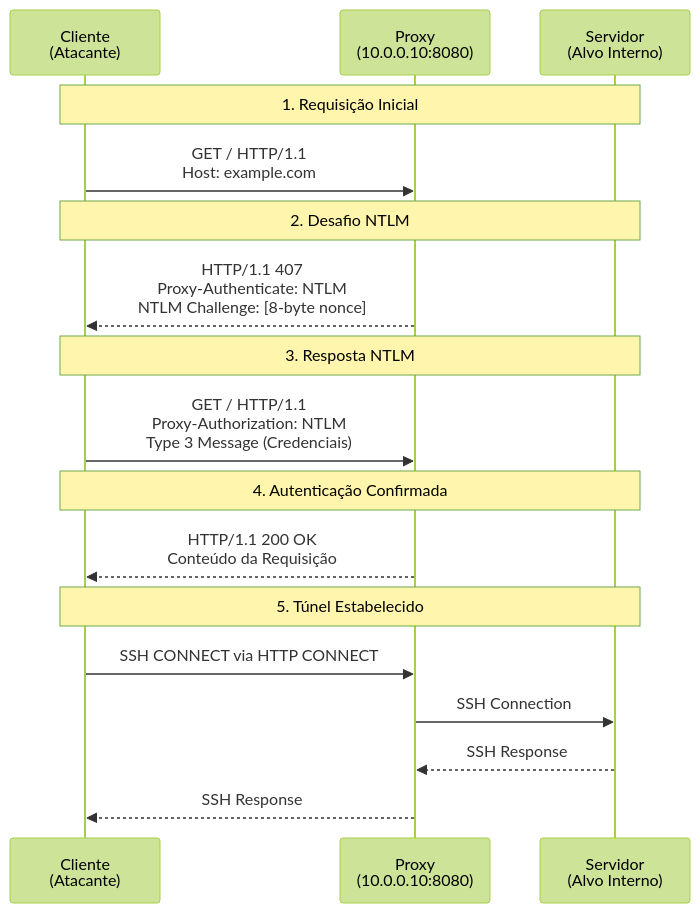
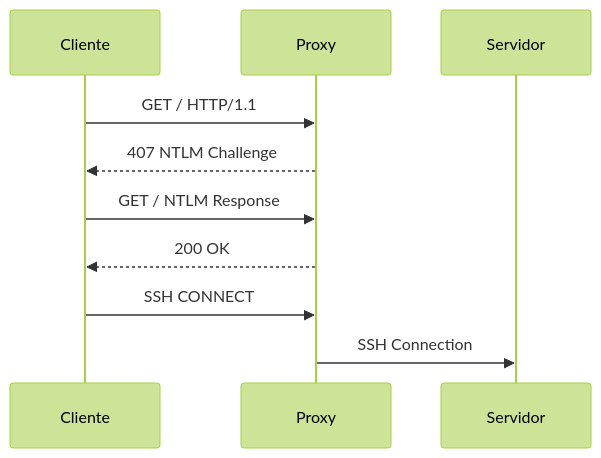
One commit to Guilherme-alexander/CyberSecurity changed diagram 14 of 20 in RedTeam/Guia_Pivoting/pivoting.md. Above: the diagram before and after it, drawn with Mermaid (forest theme). The commit also changed other lines of this file, not shown here.

````diff
--- a/RedTeam/Guia_Pivoting/pivoting.md
+++ b/RedTeam/Guia_Pivoting/pivoting.md
@@ -580,24 +264,13 @@
 ```mermaid
 sequenceDiagram
-    participant C as Cliente<br/>(Atacante)
-    participant P as Proxy<br/>(10.0.0.10:8080)
-    participant S as Servidor<br/>(Alvo Interno)
+    participant C as Cliente
+    participant P as Proxy
+    participant S as Servidor
     
-    Note over C,S: 1. Requisição Inicial
-    C->>P: GET / HTTP/1.1<br/>Host: example.com
-    
-    Note over C,S: 2. Desafio NTLM
-    P-->>C: HTTP/1.1 407<br/>Proxy-Authenticate: NTLM<br/>NTLM Challenge: [8-byte nonce]
-    
-    Note over C,S: 3. Resposta NTLM
-    C->>P: GET / HTTP/1.1<br/>Proxy-Authorization: NTLM<br/>Type 3 Message (Credenciais)
-    
-    Note over C,S: 4. Autenticação Confirmada
-    P-->>C: HTTP/1.1 200 OK<br/>Conteúdo da Requisição
-    
-    Note over C,S: 5. Túnel Estabelecido
-    C->>P: SSH CONNECT via HTTP CONNECT
+    C->>P: GET / HTTP/1.1
+    P-->>C: 407 NTLM Challenge
+    C->>P: GET / NTLM Response
+    P-->>C: 200 OK
+    C->>P: SSH CONNECT
     P->>S: SSH Connection
-    S-->>P: SSH Response
-    P-->>C: SSH Response
 ```
````
